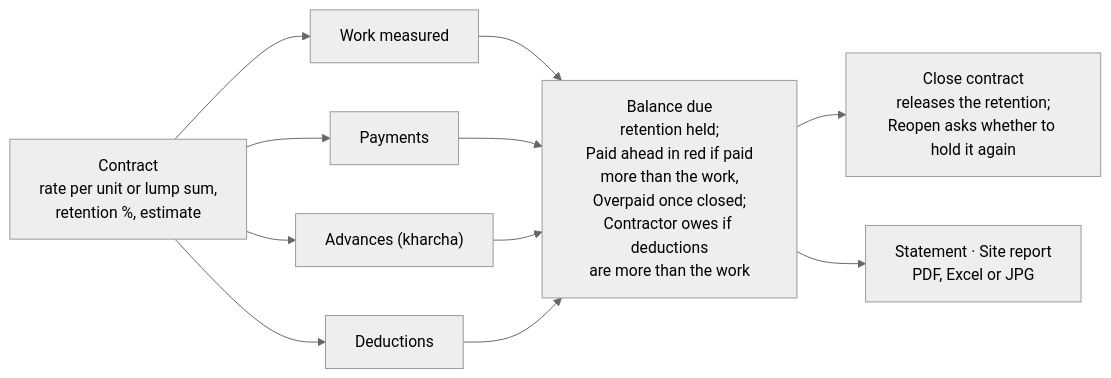
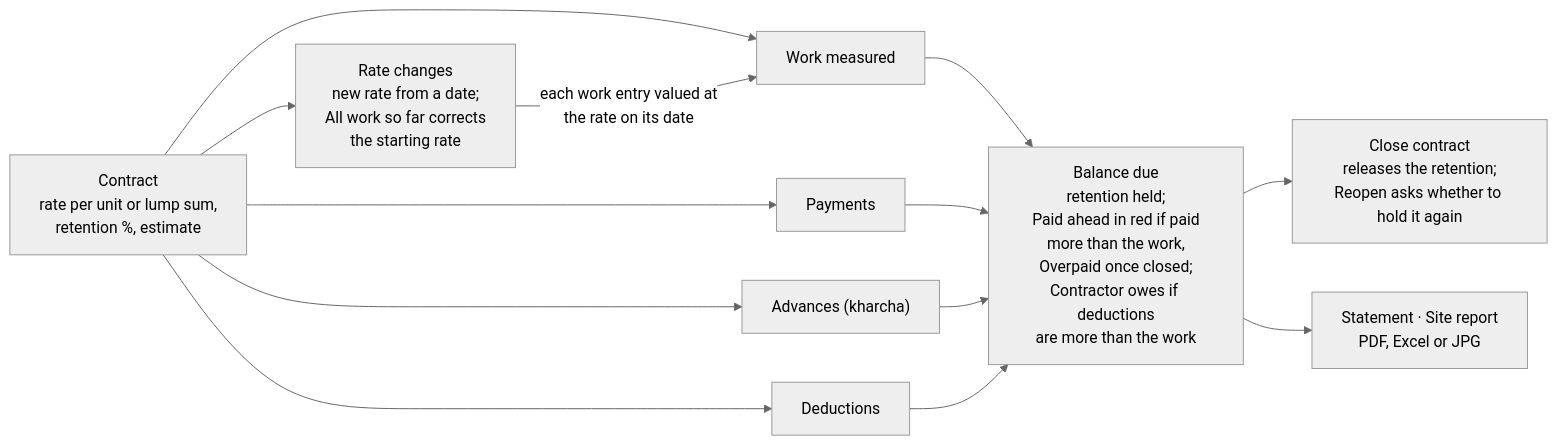
Before and after one commit to parikshit99/nirman: the fifth of 6 diagrams in docs/Nirman workflows.md, drawn with Mermaid (neutral theme). The commit also changed other lines of this file and 19 other files, not shown here.

````diff
--- a/docs/Nirman workflows.md
+++ b/docs/Nirman workflows.md
@@ -139,10 +139,12 @@
 ```mermaid
 flowchart LR
   C[Contract<br/>rate per unit or lump sum,<br/>retention %, estimate] --> WM[Work measured]
   C --> PY[Payments]
   C --> AD["Advances (kharcha)"]
   C --> DD[Deductions]
+  C --> RC[Rate changes<br/>new rate from a date;<br/>All work so far corrects<br/>the starting rate]
+  RC -->|each work entry valued at<br/>the rate on its date| WM
   WM & PY & AD & DD --> BAL[Balance due<br/>retention held;<br/>Paid ahead in red if paid<br/>more than the work,<br/>Overpaid once closed;<br/>Contractor owes if deductions<br/>are more than the work]
   BAL --> CL[Close contract<br/>releases the retention;<br/>Reopen asks whether to hold it again]
   BAL --> ST[Statement · Site report<br/>PDF, Excel or JPG]
 ```
````
